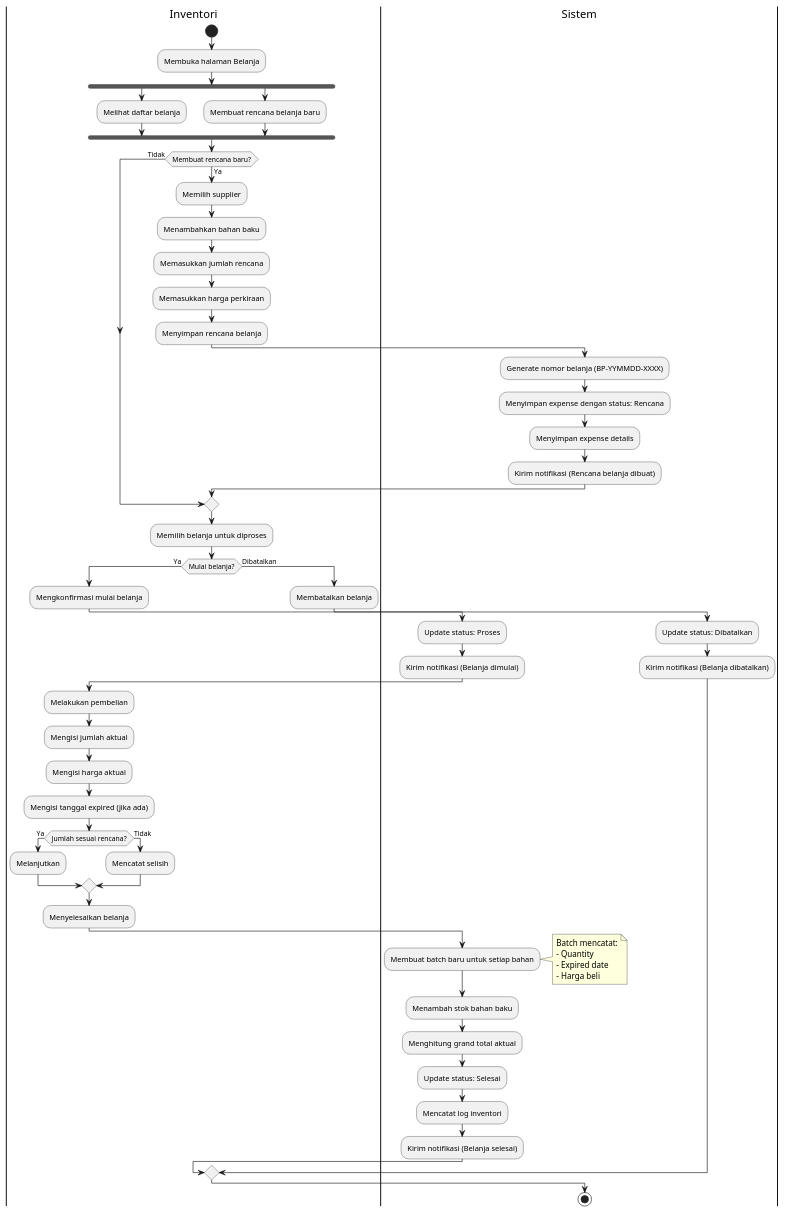
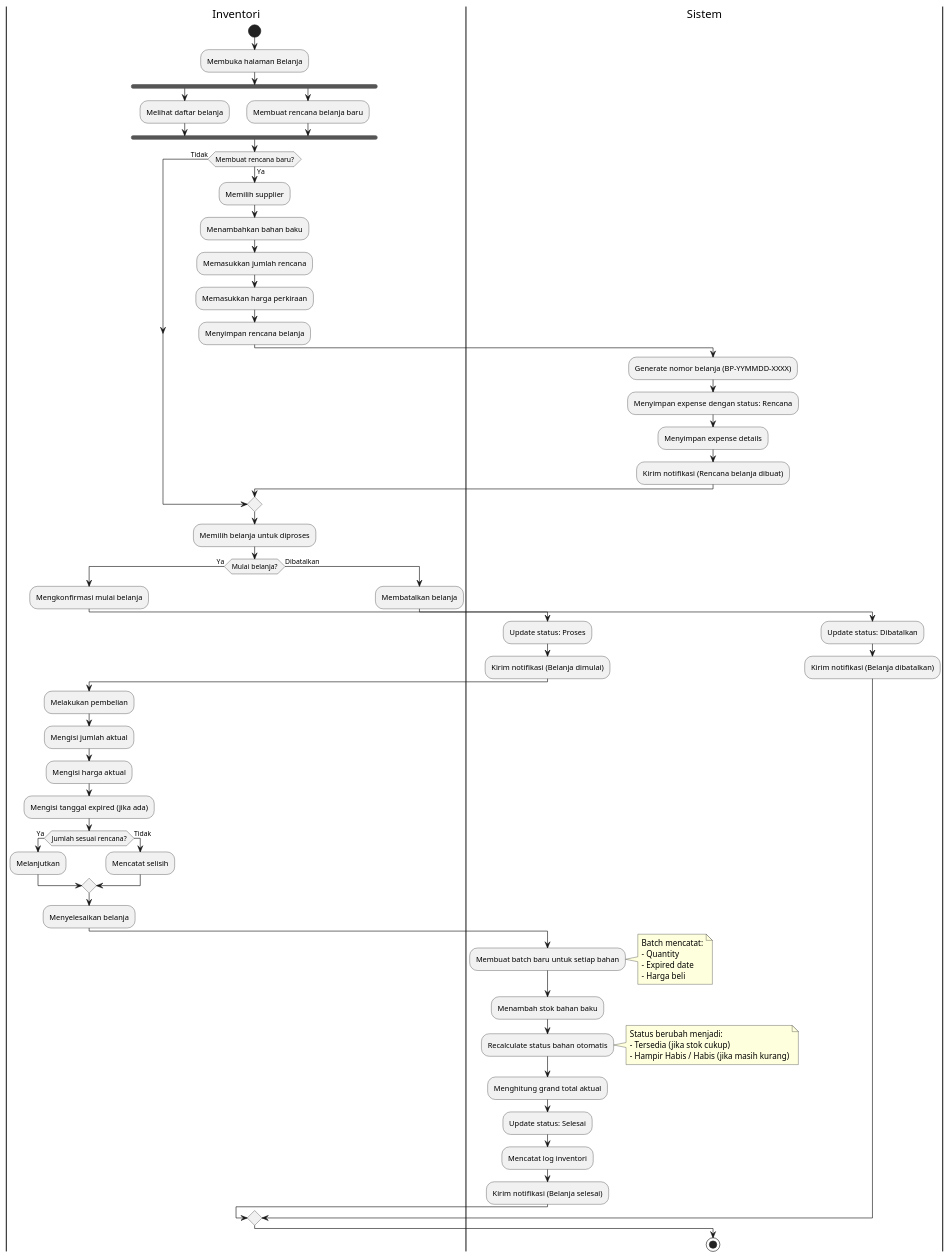
One commit to pawon3d/pawon3d changed the diagram in docs/diagrams/puml/02_activity_belanja.puml. Above: the diagram before and after it, drawn with PlantUML. The commit also changed 15 other files, not shown here.

```diff
--- a/docs/diagrams/puml/02_activity_belanja.puml
+++ b/docs/diagrams/puml/02_activity_belanja.puml
@@ -1,78 +1,84 @@
 @startuml Activity Diagram - Proses Belanja Bahan Baku
 
 |Inventori|
 start
 :Membuka halaman Belanja;
 
 fork
     :Melihat daftar belanja;
 fork again
     :Membuat rencana belanja baru;
 end fork
 
 if (Membuat rencana baru?) then (Ya)
     :Memilih supplier;
     :Menambahkan bahan baku;
     :Memasukkan jumlah rencana;
     :Memasukkan harga perkiraan;
     :Menyimpan rencana belanja;
     
     |Sistem|
     :Generate nomor belanja (BP-YYMMDD-XXXX);
     :Menyimpan expense dengan status: Rencana;
     :Menyimpan expense details;
     :Kirim notifikasi (Rencana belanja dibuat);
     
 else (Tidak)
 endif
 
 |Inventori|
 :Memilih belanja untuk diproses;
 
 if (Mulai belanja?) then (Ya)
     :Mengkonfirmasi mulai belanja;
     
     |Sistem|
     :Update status: Proses;
     :Kirim notifikasi (Belanja dimulai);
     
     |Inventori|
     :Melakukan pembelian;
     :Mengisi jumlah aktual;
     :Mengisi harga aktual;
     :Mengisi tanggal expired (jika ada);
     
     if (Jumlah sesuai rencana?) then (Ya)
         :Melanjutkan;
     else (Tidak)
         :Mencatat selisih;
     endif
     
     :Menyelesaikan belanja;
     
     |Sistem|
     :Membuat batch baru untuk setiap bahan;
     note right
       Batch mencatat:
       - Quantity
       - Expired date
       - Harga beli
     end note
     :Menambah stok bahan baku;
+    :Recalculate status bahan otomatis;
+    note right
+      Status berubah menjadi:
+      - Tersedia (jika stok cukup)
+      - Hampir Habis / Habis (jika masih kurang)
+    end note
     :Menghitung grand total aktual;
     :Update status: Selesai;
     :Mencatat log inventori;
     :Kirim notifikasi (Belanja selesai);
     
 else (Dibatalkan)
     |Inventori|
     :Membatalkan belanja;
     
     |Sistem|
     :Update status: Dibatalkan;
     :Kirim notifikasi (Belanja dibatalkan);
 endif
 
 stop
 
 @enduml
```
